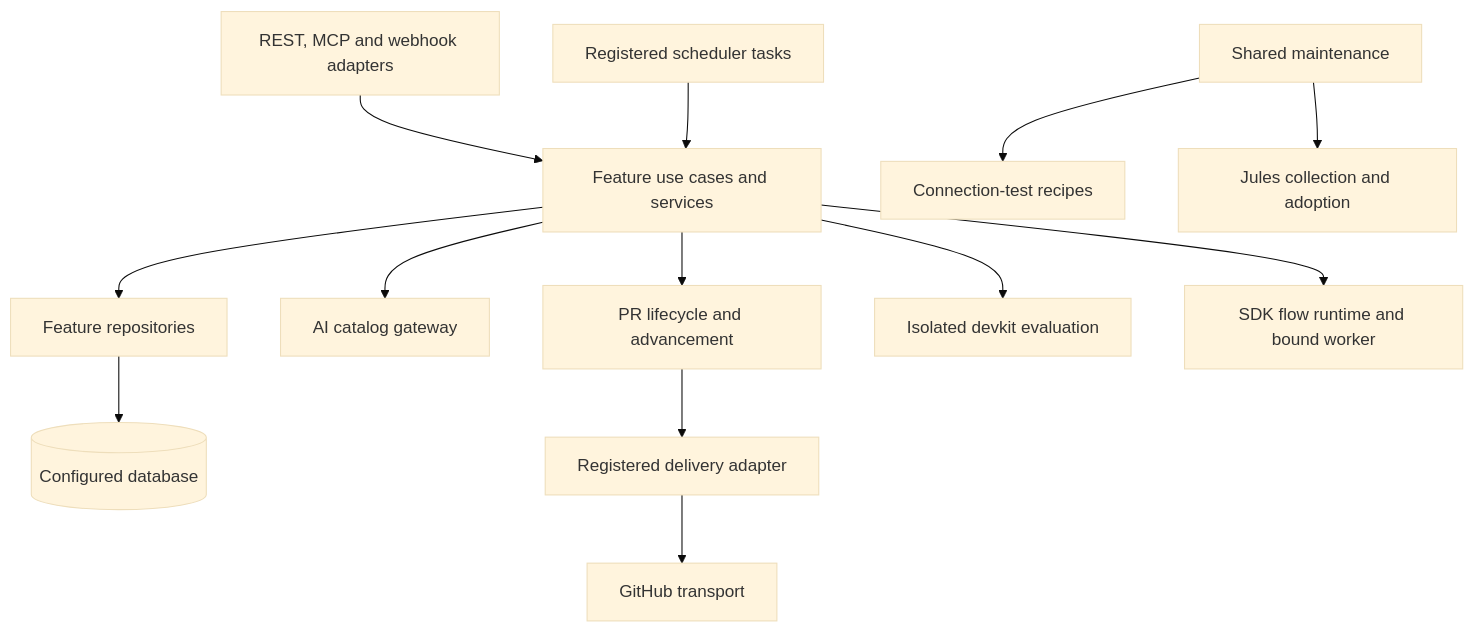
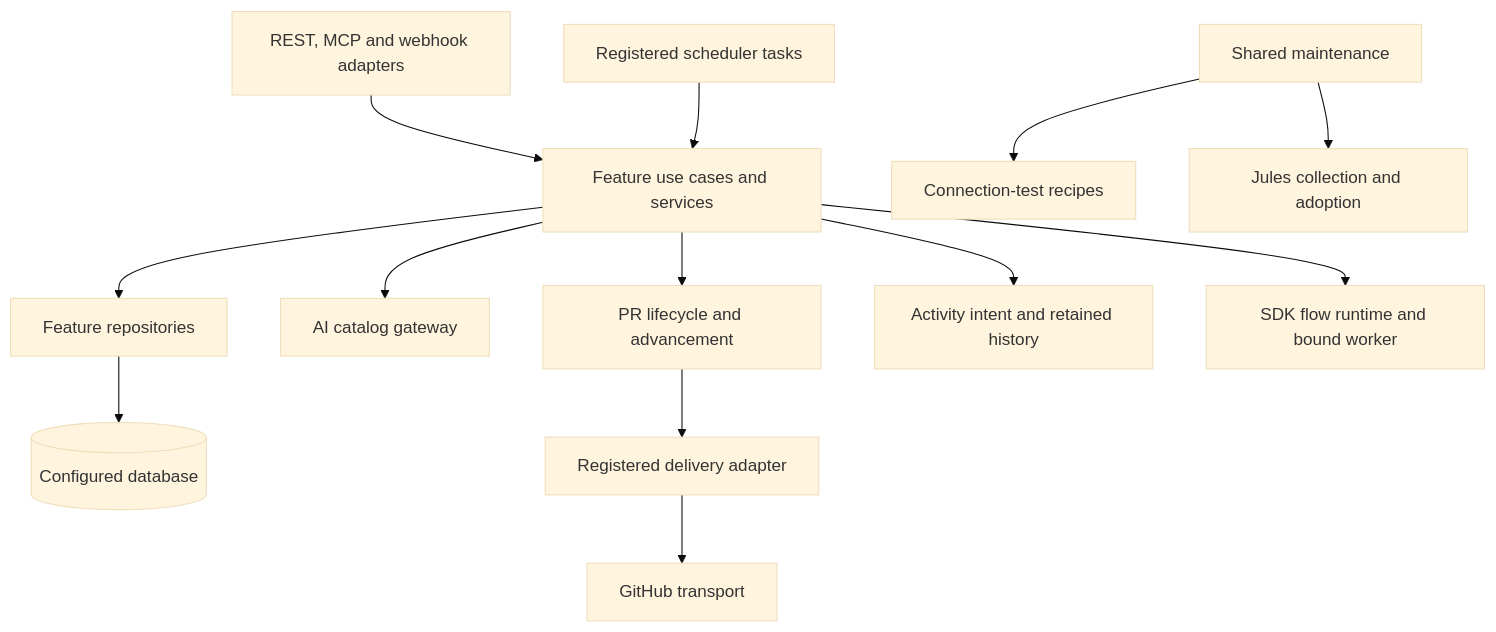
Before and after one commit to mjkimR/autohub: the diagram in docs/architecture/ARCH-05-2-components.md, drawn with Mermaid (base theme). The commit also changed other lines of this file and 252 other files, not shown here.

````diff
--- a/docs/architecture/ARCH-05-2-components.md
+++ b/docs/architecture/ARCH-05-2-components.md
@@ -15,15 +15,15 @@
 ```mermaid
 flowchart TB
     Boundary[REST, MCP and webhook adapters] --> Coordinators[Feature use cases and services]
     Coordinators --> Repositories[Feature repositories]
     Repositories --> Database[(Configured database)]
     Coordinators --> Admission[AI catalog gateway]
     Coordinators --> PR[PR lifecycle and advancement]
     PR --> Delivery[Registered delivery adapter]
     Delivery --> GitHub[GitHub transport]
-    Coordinators --> SDD[Isolated devkit evaluation]
+    Coordinators --> SDD[Activity intent and retained history]
     Coordinators --> Flow[SDK flow runtime and bound worker]
     Tick[Registered scheduler tasks] --> Coordinators
     Maintenance[Shared maintenance] --> Tests[Connection-test recipes]
     Maintenance --> Sessions[Jules collection and adoption]
 ```
````
